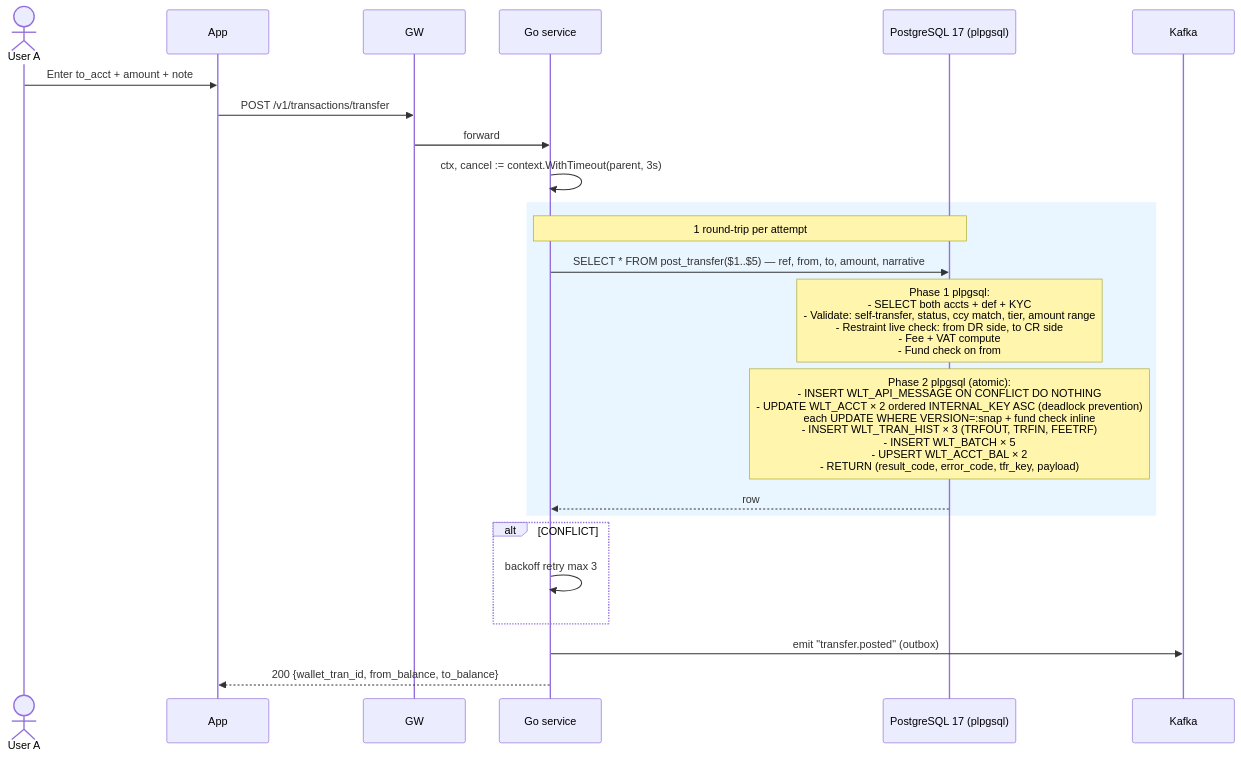
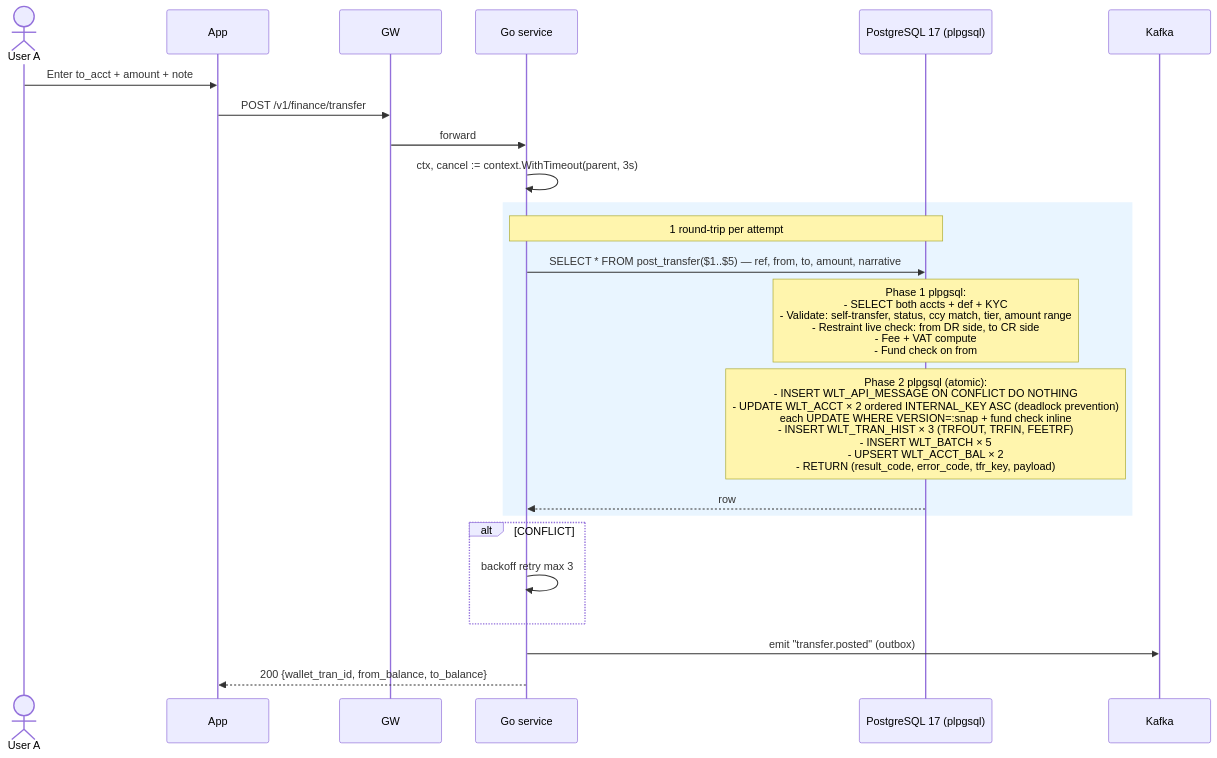
The fifth of 6 diagrams in docs/specs/finance_transaction.md (huuhoait/core-wallet), drawn with Mermaid before and after one commit. The commit also changed other lines of this file and 14 other files, not shown here.

````diff
--- a/docs/specs/finance_transaction.md
+++ b/docs/specs/finance_transaction.md
@@ -493,29 +493,29 @@
 ```mermaid
 sequenceDiagram
   actor UserA as User A
   participant App
   participant GW
   participant GO as Go service
   participant DB as PostgreSQL 17 (plpgsql)
   participant K as Kafka
 
   UserA->>App: Enter to_acct + amount + note
-  App->>GW: POST /v1/transactions/transfer
+  App->>GW: POST /v1/finance/transfer
   GW->>GO: forward
   GO->>GO: ctx, cancel := context.WithTimeout(parent, 3s)
   
   rect rgba(200,230,255,0.4)
     Note over GO,DB: 1 round-trip per attempt
     GO->>DB: SELECT * FROM post_transfer($1..$5) — ref, from, to, amount, narrative
     Note over DB: Phase 1 plpgsql:<br/>- SELECT both accts + def + KYC<br/>- Validate: self-transfer, status, ccy match, tier, amount range<br/>- Restraint live check: from DR side, to CR side<br/>- Fee + VAT compute<br/>- Fund check on from
     Note over DB: Phase 2 plpgsql (atomic):<br/>- INSERT WLT_API_MESSAGE ON CONFLICT DO NOTHING<br/>- UPDATE WLT_ACCT × 2 ordered INTERNAL_KEY ASC (deadlock prevention)<br/>  each UPDATE WHERE VERSION=:snap + fund check inline<br/>- INSERT WLT_TRAN_HIST × 3 (TRFOUT, TRFIN, FEETRF)<br/>- INSERT WLT_BATCH × 5<br/>- UPSERT WLT_ACCT_BAL × 2<br/>- RETURN (result_code, error_code, tfr_key, payload)
     DB-->>GO: row
   end
   
   alt CONFLICT
     GO->>GO: backoff retry max 3
   end
   
   GO->>K: emit "transfer.posted" (outbox)
   GO-->>App: 200 {wallet_tran_id, from_balance, to_balance}
 ```
````
